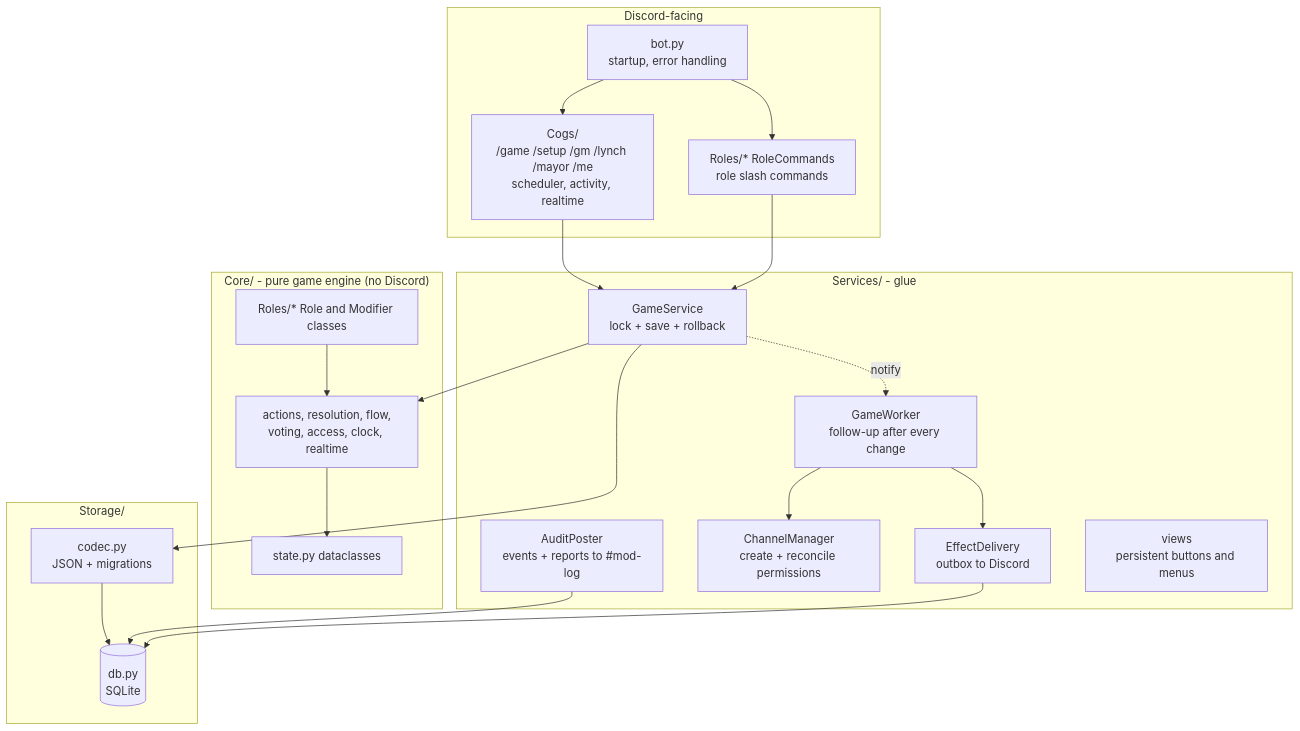
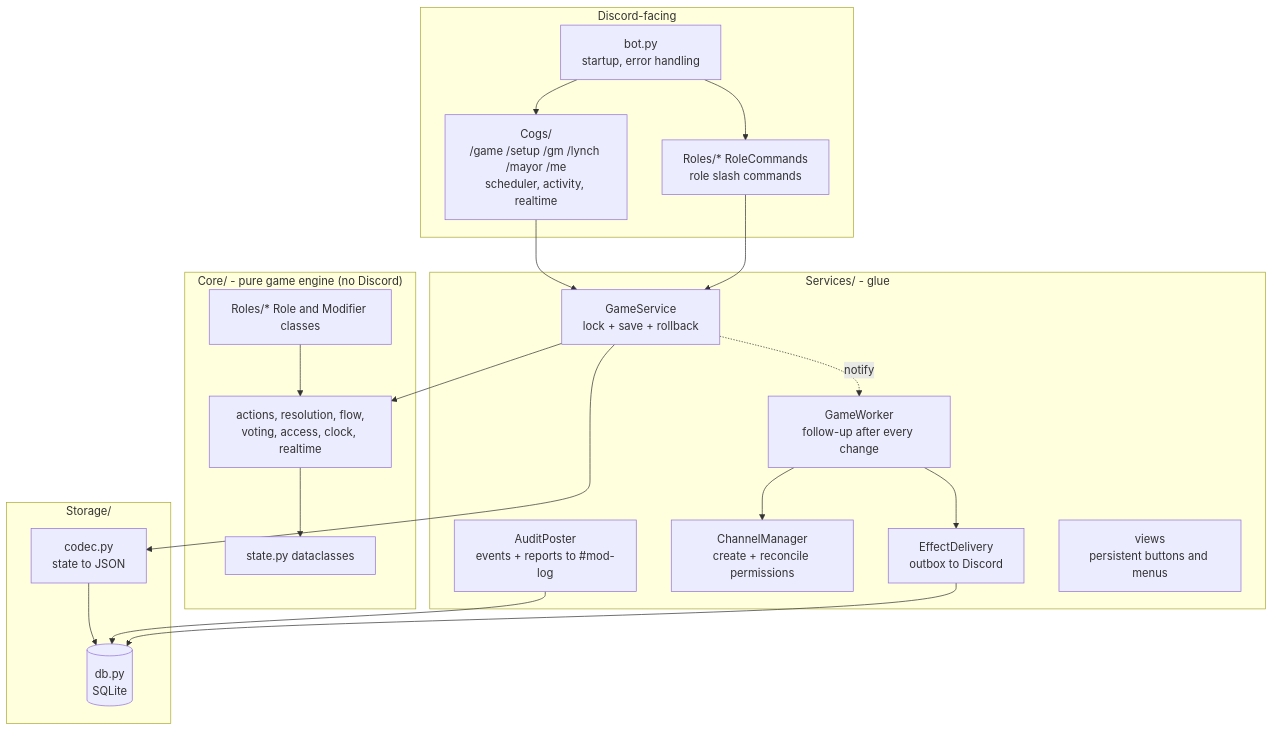
Before and after one commit to Mad-Scientist-Guild/Werewolves-bot: the first of 6 diagrams in Docs/Developer guide - architecture and data.md, drawn with Mermaid. The commit also changed other lines of this file and 72 other files, not shown here.

````diff
--- a/Docs/Developer guide - architecture and data.md
+++ b/Docs/Developer guide - architecture and data.md
@@ -23,36 +23,36 @@
 ```mermaid
 flowchart TB
     subgraph Discord ["Discord-facing"]
         BOT["bot.py<br/>startup, error handling"]
         COGS["Cogs/<br/>/game /setup /gm /lynch /mayor /me<br/>scheduler, activity, realtime"]
         RC["Roles/*  RoleCommands<br/>role slash commands"]
     end
     subgraph Services ["Services/ - glue"]
         GS["GameService<br/>lock + save + rollback"]
         W["GameWorker<br/>follow-up after every change"]
         ED["EffectDelivery<br/>outbox to Discord"]
         CM["ChannelManager<br/>create + reconcile permissions"]
         AP["AuditPoster<br/>events + reports to #mod-log"]
         V["views<br/>persistent buttons and menus"]
     end
     subgraph Core ["Core/ - pure game engine (no Discord)"]
         ST["state.py dataclasses"]
         EN["actions, resolution, flow,<br/>voting, access, clock, realtime"]
         RL["Roles/* Role and Modifier classes"]
     end
     subgraph Storage ["Storage/"]
-        CO["codec.py<br/>JSON + migrations"]
+        CO["codec.py<br/>state to JSON"]
         DB[("db.py<br/>SQLite")]
     end
     BOT --> COGS & RC
     COGS --> GS
     RC --> GS
     GS --> EN
     EN --> ST
     RL --> EN
     GS --> CO --> DB
     GS -. notify .-> W
     W --> ED & CM
     AP --> DB
     ED --> DB
 ```
````
